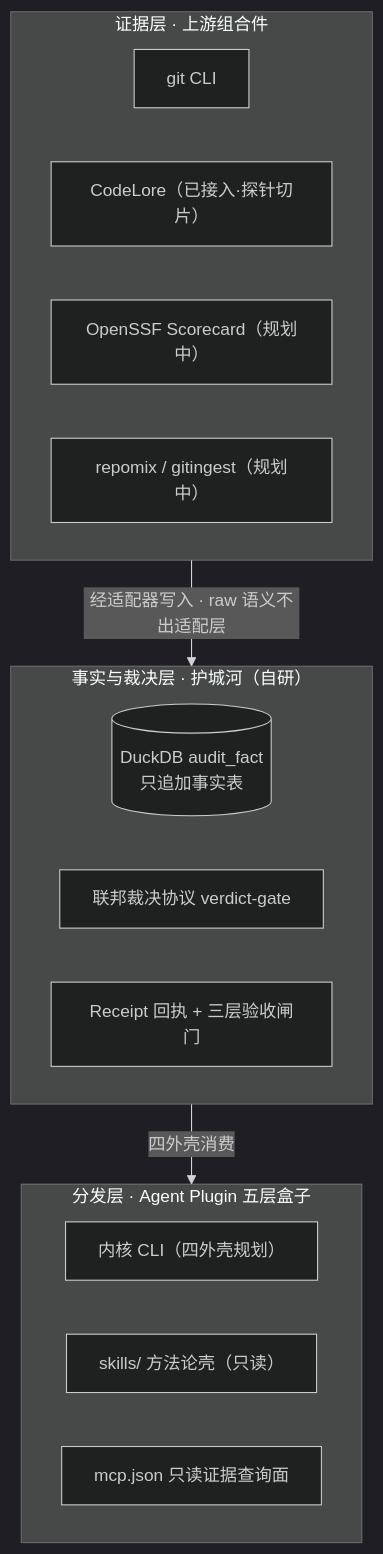
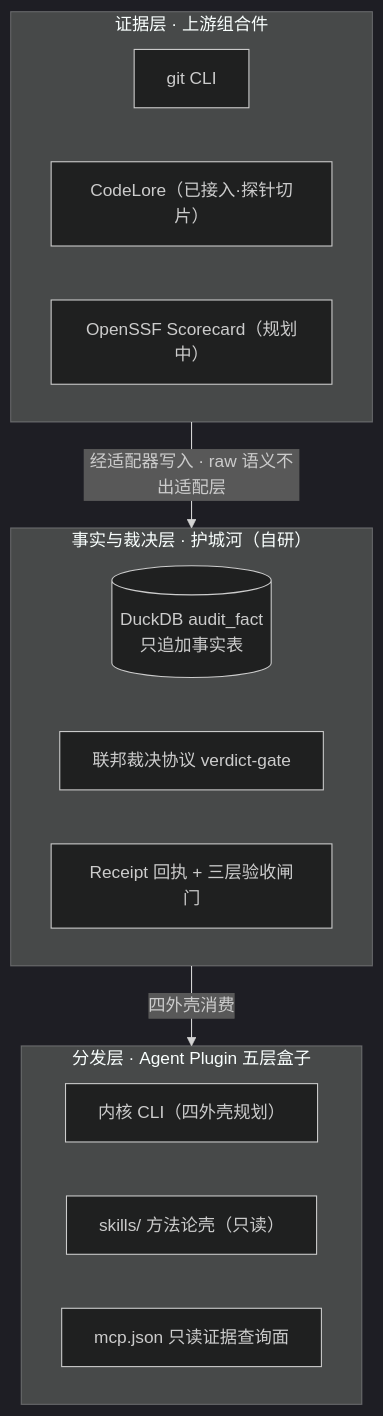
Before and after one commit to Xxx91n/6F: the first of 2 diagrams in README.md, drawn with Mermaid (dark theme). The commit also changed other lines of this file and 27 other files, not shown here.

````diff
--- a/README.md
+++ b/README.md
@@ -26,21 +26,20 @@
 ```mermaid
 flowchart TB
     subgraph DIST["分发层 · Agent Plugin 五层盒子"]
         CLI["内核 CLI（四外壳规划）"]
         SK["skills/ 方法论壳（只读）"]
         MCP["mcp.json 只读证据查询面"]
     end
     subgraph CORE["事实与裁决层 · 护城河（自研）"]
         FACT[("DuckDB audit_fact<br/>只追加事实表")]
         ADJ["联邦裁决协议 verdict-gate"]
         RCP["Receipt 回执 + 三层验收闸门"]
     end
     subgraph EVID["证据层 · 上游组合件"]
         GIT["git CLI"]
         CL["CodeLore（已接入·探针切片）"]
         SC["OpenSSF Scorecard（规划中）"]
-        RP["repomix / gitingest（规划中）"]
     end
     EVID -->|"经适配器写入 · raw 语义不出适配层"| CORE
     CORE -->|"四外壳消费"| DIST
 ```
````
